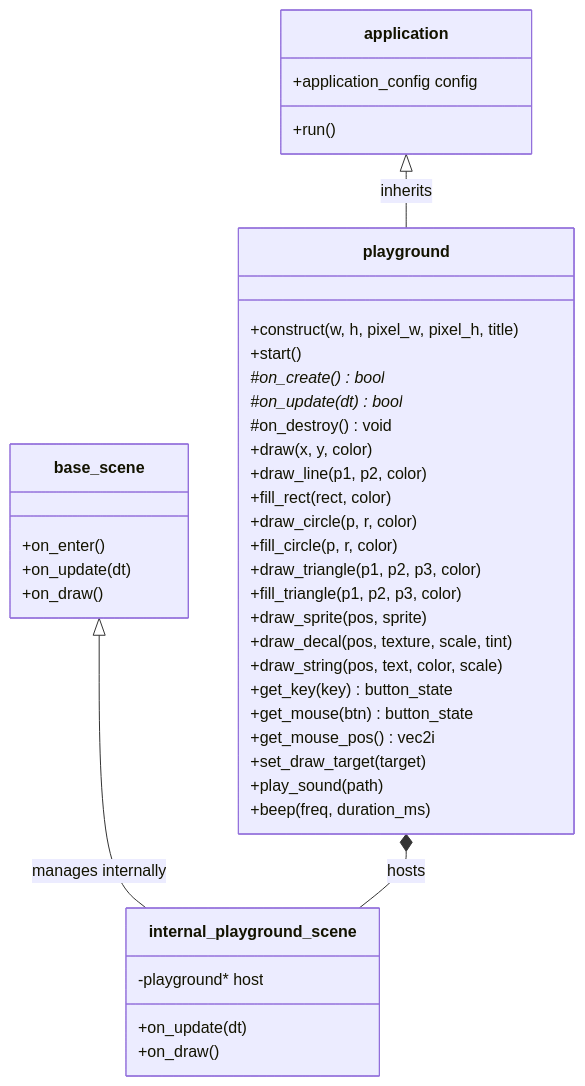
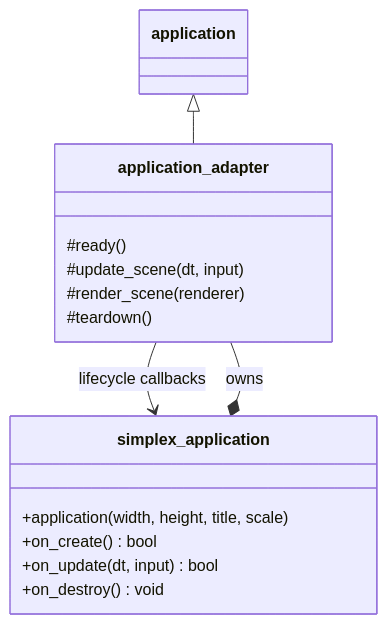
The diagram in docs/NEUTRINO_PLAYGROUND_DESIGN.md (devbrain/neutrino), drawn with Mermaid before and after one commit. The commit also changed other lines of this file and 94 other files, not shown here.

First line of the commit message:
feat: add neutrino.hh umbrella, simplex application layer, coordinates.hh

````diff
--- a/docs/NEUTRINO_PLAYGROUND_DESIGN.md
+++ b/docs/NEUTRINO_PLAYGROUND_DESIGN.md
@@ -42,47 +176,18 @@
 ```mermaid
 classDiagram
-    class application {
-        +application_config config
-        +run()
+    application <|-- application_adapter
+    simplex_application *-- application_adapter : owns
+    application_adapter --> simplex_application : lifecycle callbacks
+    class simplex_application {
+        +application(width, height, title, scale)
+        +on_create() bool
+        +on_update(dt, input) bool
+        +on_destroy() void
     }
-
-    class base_scene {
-        +on_enter()
-        +on_update(dt)
-        +on_draw()
+    class application_adapter {
+        #ready()
+        #update_scene(dt, input)
+        #render_scene(renderer)
+        #teardown()
     }
-
-    class playground {
-        +construct(w, h, pixel_w, pixel_h, title)
-        +start()
-        #on_create()* bool
-        #on_update(dt)* bool
-        #on_destroy() void
-        +draw(x, y, color)
-        +draw_line(p1, p2, color)
-        +fill_rect(rect, color)
-        +draw_circle(p, r, color)
-        +fill_circle(p, r, color)
-        +draw_triangle(p1, p2, p3, color)
-        +fill_triangle(p1, p2, p3, color)
-        +draw_sprite(pos, sprite)
-        +draw_decal(pos, texture, scale, tint)
-        +draw_string(pos, text, color, scale)
-        +get_key(key) button_state
-        +get_mouse(btn) button_state
-        +get_mouse_pos() vec2i
-        +set_draw_target(target)
-        +play_sound(path)
-        +beep(freq, duration_ms)
-    }
-
-    class internal_playground_scene {
-        -playground* host
-        +on_update(dt)
-        +on_draw()
-    }
-
-    application <|-- playground : inherits
-    base_scene <|-- internal_playground_scene : manages internally
-    playground *-- internal_playground_scene : hosts
 ```
````
